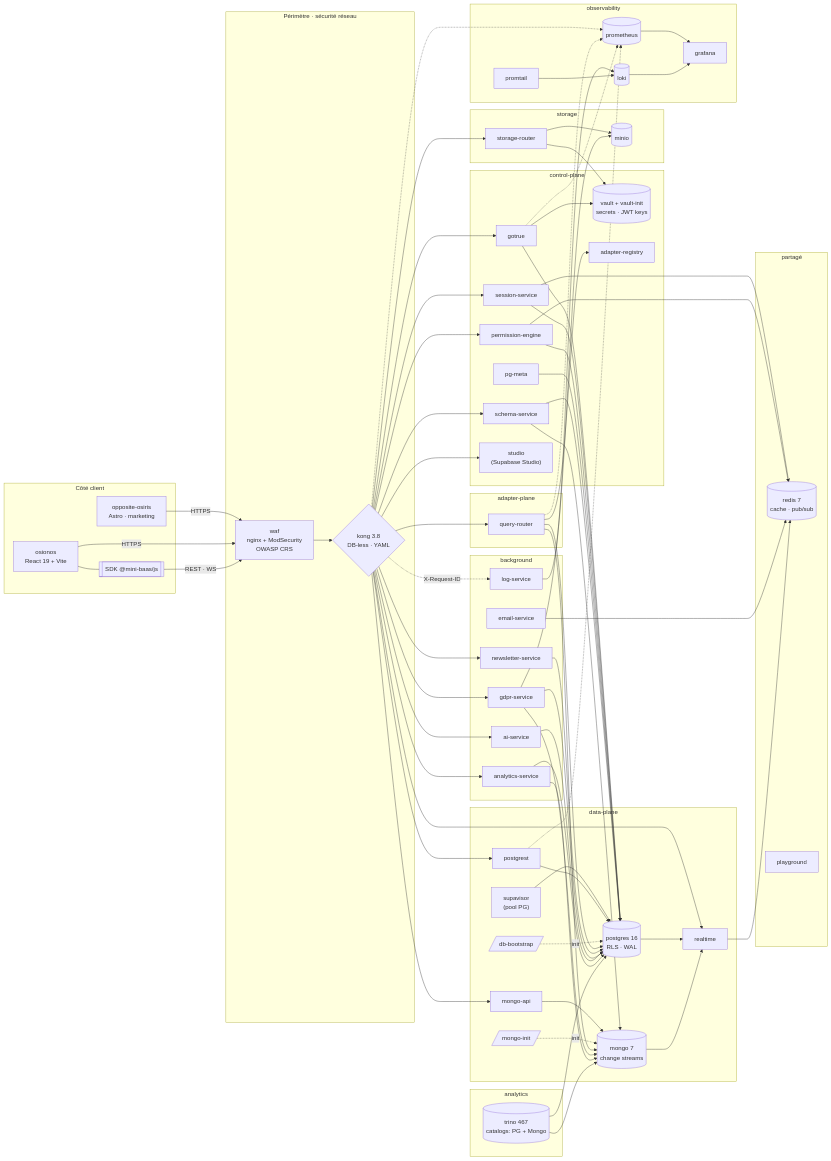
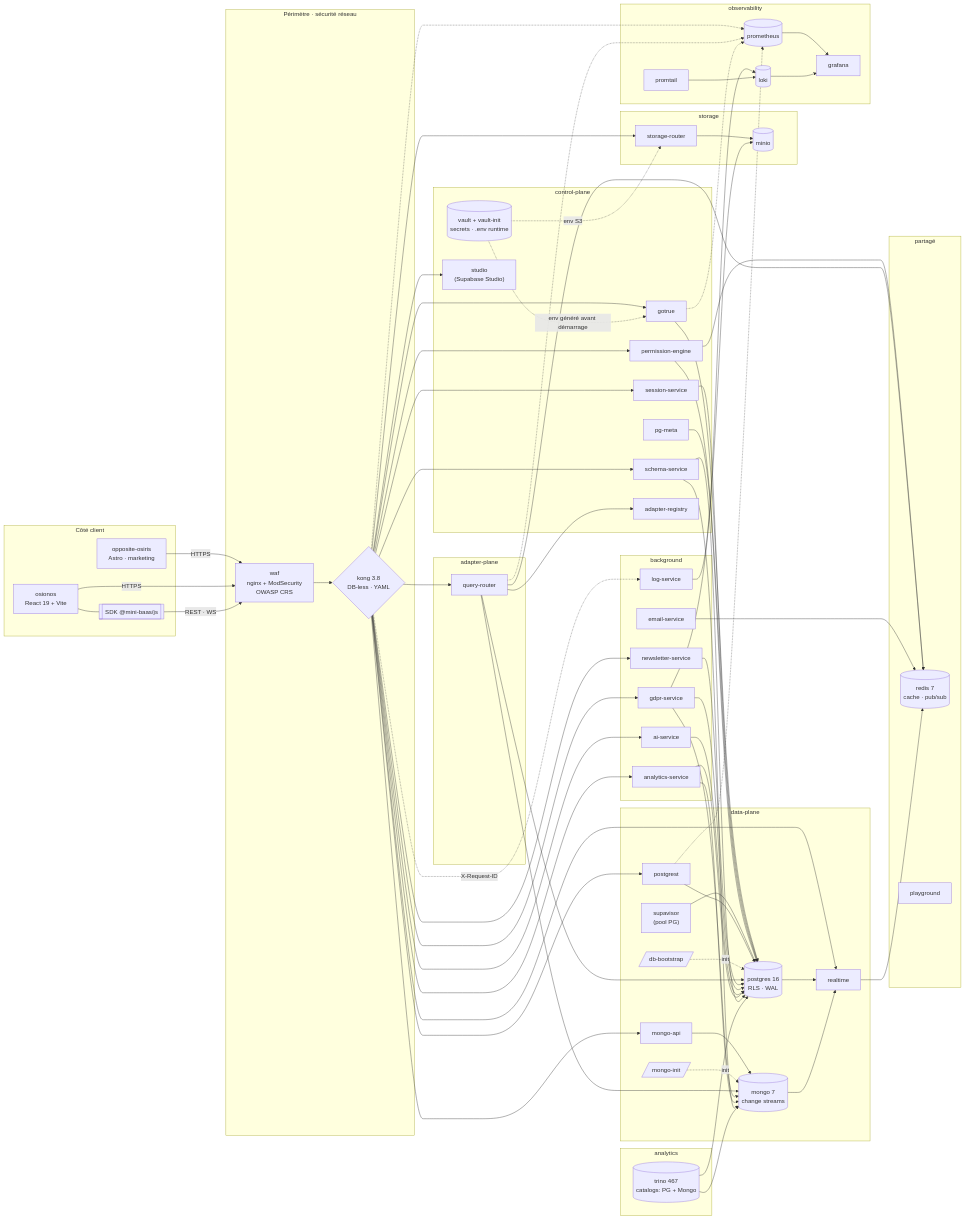
Before and after one commit to Univers42/groot: the third of 12 diagrams in wiki/README.md, drawn with Mermaid. The commit also changed other lines of this file and 21 other files, not shown here.

```diff
--- a/wiki/README.md
+++ b/wiki/README.md
@@ -419,7 +425,7 @@
 
     subgraph CTRL["control-plane"]
         GT["gotrue"]
-        VAULT[("vault + vault-init<br/>secrets · JWT keys")]
+        VAULT[("vault + vault-init<br/>secrets · .env runtime")]
         SESS["session-service"]
         PERM["permission-engine"]
         SCH["schema-service"]
@@ -494,9 +500,8 @@
     KONG --> ANA
     KONG --> STUDIO
 
-    GT --> VAULT
+    VAULT -.->|env généré avant démarrage| GT
     GT --> PG
-    SESS --> RDS
     SESS --> PG
     PERM --> PG
     PERM --> RDS
@@ -508,10 +513,11 @@
     MAPI --> MG
     MINIT -.->|init| MG
     STR --> MIN
-    STR --> VAULT
+    VAULT -.->|env S3| STR
     QR --> ADR
     QR --> PG
     QR --> MG
+    QR --> RDS
     EMAIL --> RDS
     NEWS --> PG
     GDPR --> PG
```
